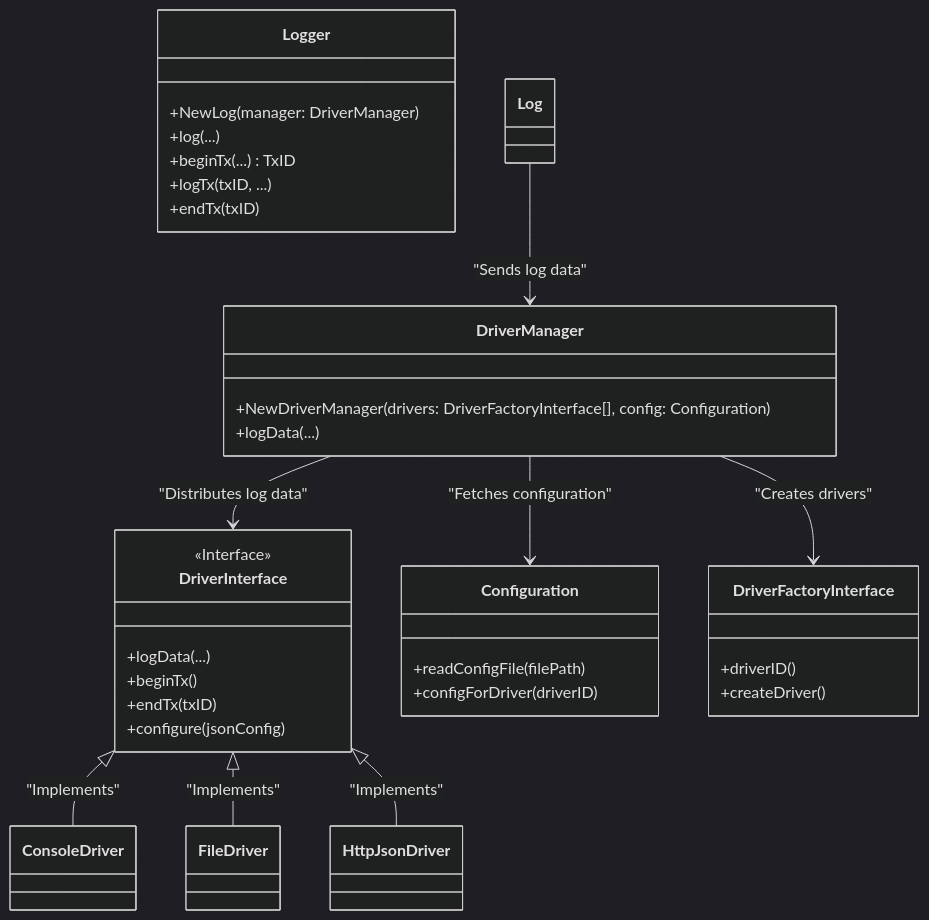
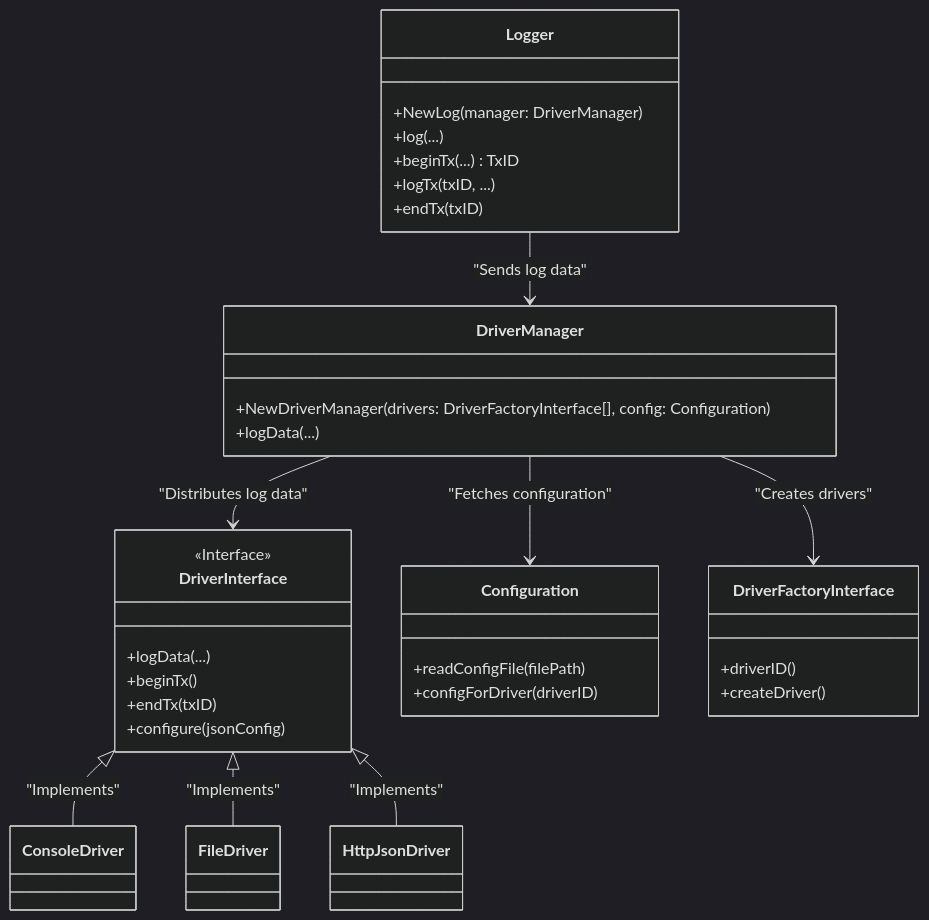
One commit to stefandunca/logsystem changed the diagram in README.md. Above: the diagram before and after it, drawn with Mermaid (dark theme). The commit also changed other lines of this file and 14 other files, not shown here.

````diff
--- a/README.md
+++ b/README.md
@@ -44,41 +44,41 @@
 ```mermaid
 classDiagram
     class Logger {
         +NewLog(manager: DriverManager)
         +log(...)
         +beginTx(...) TxID
         +logTx(txID, ...) 
         +endTx(txID)
     }
     
     class DriverManager {
         +NewDriverManager(drivers: DriverFactoryInterface[], config: Configuration)
         +logData(...)
     }
     
     class DriverInterface {
         <<Interface>>
         +logData(...)
         +beginTx()
         +endTx(txID)
         +configure(jsonConfig)
     }
 
     class Configuration {
         +readConfigFile(filePath)
         +configForDriver(driverID)
     }
 
     class DriverFactoryInterface {
         +driverID()
         +createDriver()
     }
     
-    Log --> DriverManager : "Sends log data"
+    Logger --> DriverManager : "Sends log data"
     DriverManager --> DriverInterface : "Distributes log data"
     DriverManager --> DriverFactoryInterface : "Creates drivers"
     DriverManager --> Configuration : "Fetches configuration"
     DriverInterface <|-- ConsoleDriver : "Implements"
     DriverInterface <|-- FileDriver : "Implements"
     DriverInterface <|-- HttpJsonDriver : "Implements"
 ```
````
